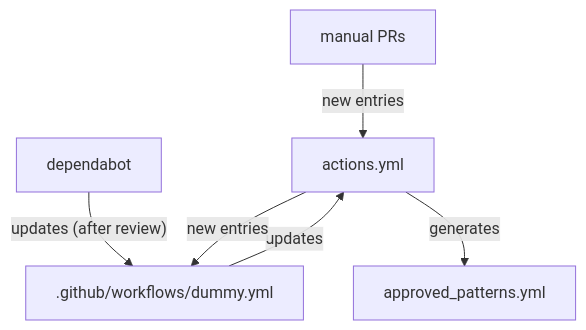
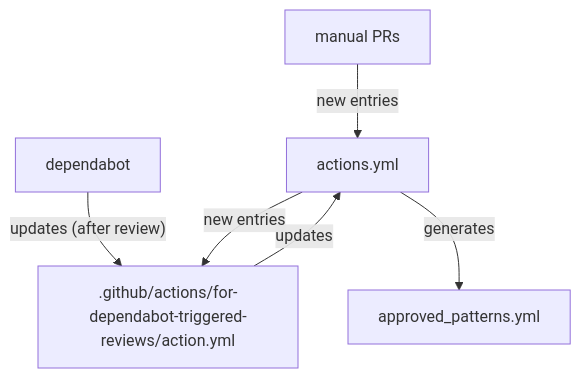
The diagram in README.md (apache/infrastructure-actions), drawn with Mermaid before and after one commit. The commit also changed other lines of this file and 8 other files, not shown here.

First line of the commit message:
dependabot: apply cooldown except for action reviews

````diff
--- a/README.md
+++ b/README.md
@@ -80,8 +80,8 @@
 ```mermaid
 graph TD;
     manual["manual PRs"]--new entries-->actions.yml
-    dependabot--updates (after review)-->dummy[".github/workflows/dummy.yml"];
-    dummy--updates-->actions.yml
-    actions.yml--new entries-->dummy
+    dependabot--updates (after review)-->composite-action[".github/actions/for-dependabot-triggered-reviews/action.yml"];
+    composite-action--updates-->actions.yml
+    actions.yml--new entries-->composite-action
     actions.yml--generates-->approved_patterns.yml
 ```
````
